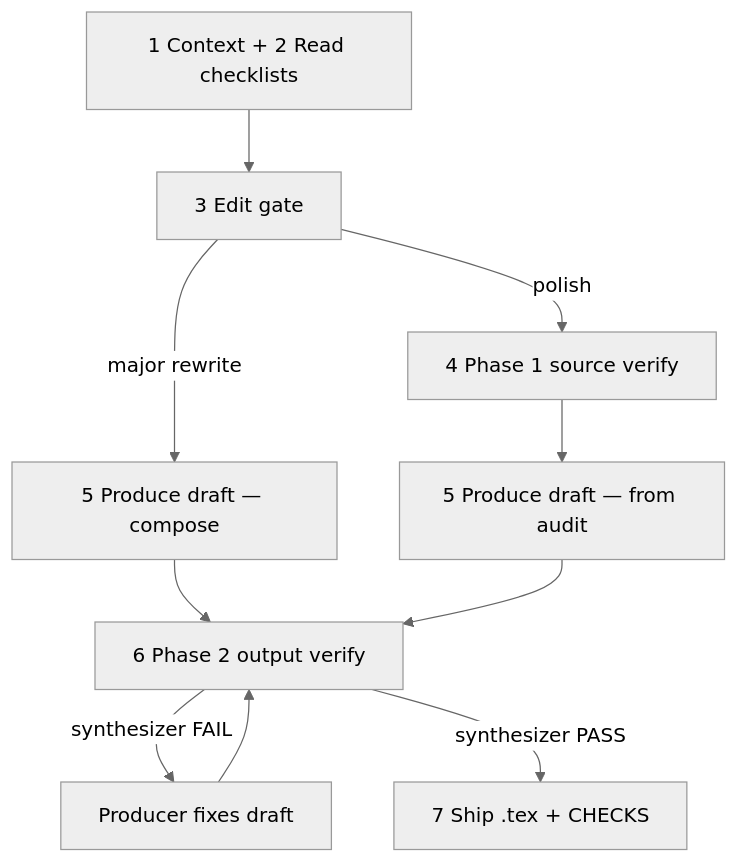
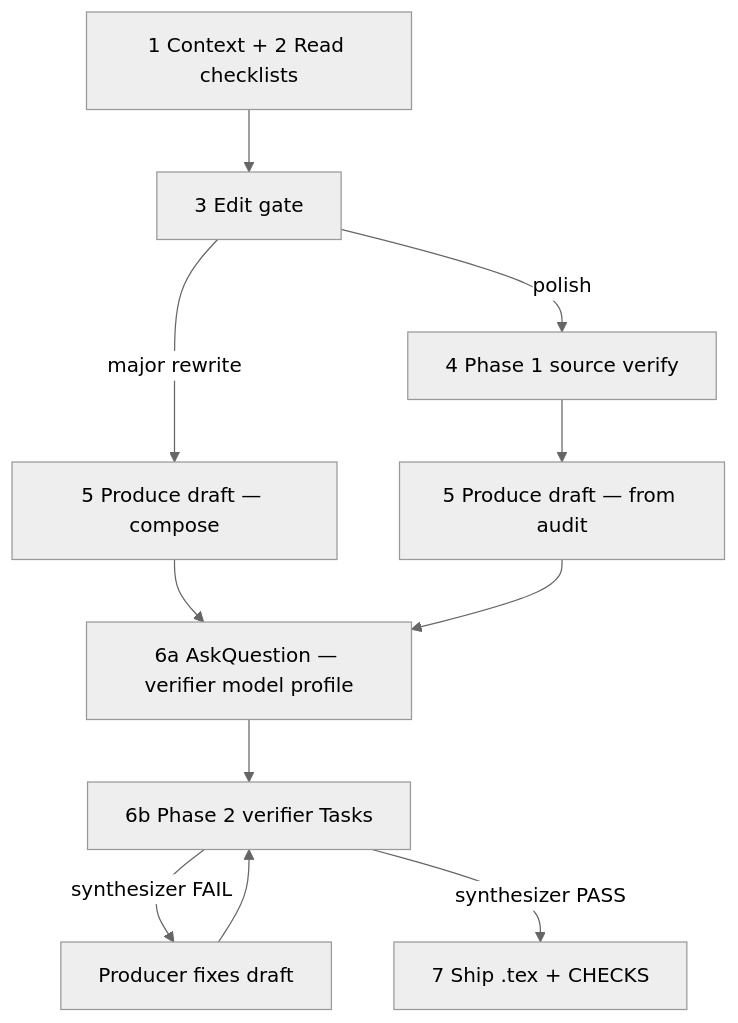
Before and after one commit to Harrinive/physics-paper-editing: the diagram in SKILL.md, drawn with Mermaid (neutral theme). The commit also changed other lines of this file and 4 other files, not shown here.

````diff
--- a/SKILL.md
+++ b/SKILL.md
@@ -82,12 +82,13 @@
 ```mermaid
 flowchart TD
     start[1 Context + 2 Read checklists] --> editGate[3 Edit gate]
     editGate -->|major rewrite| produceCompose[5 Produce draft — compose]
     editGate -->|polish| sourceLoop[4 Phase 1 source verify]
     sourceLoop --> produceEdit[5 Produce draft — from audit]
-    produceCompose --> verifySuite[6 Phase 2 output verify]
-    produceEdit --> verifySuite
+    produceCompose --> askModels[6a AskQuestion — verifier model profile]
+    produceEdit --> askModels
+    askModels --> verifySuite[6b Phase 2 verifier Tasks]
     verifySuite -->|synthesizer FAIL| fixDraft[Producer fixes draft]
     fixDraft --> verifySuite
     verifySuite -->|synthesizer PASS| ship[7 Ship .tex + CHECKS]
 ```
````
